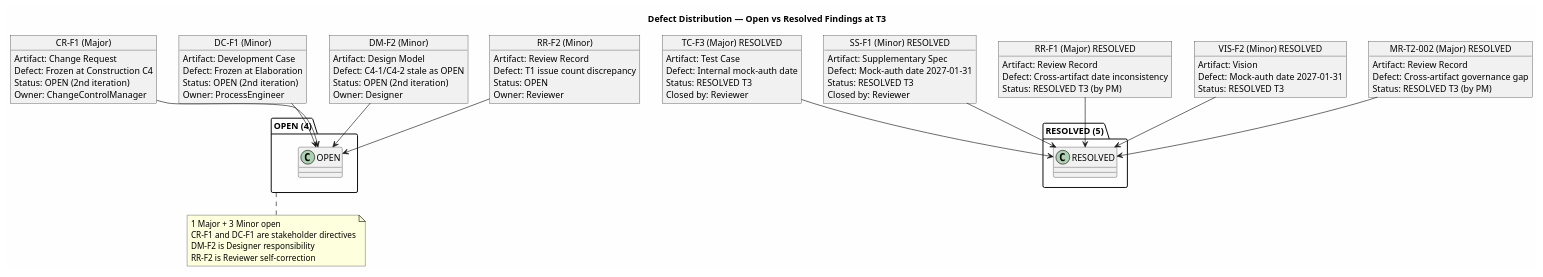
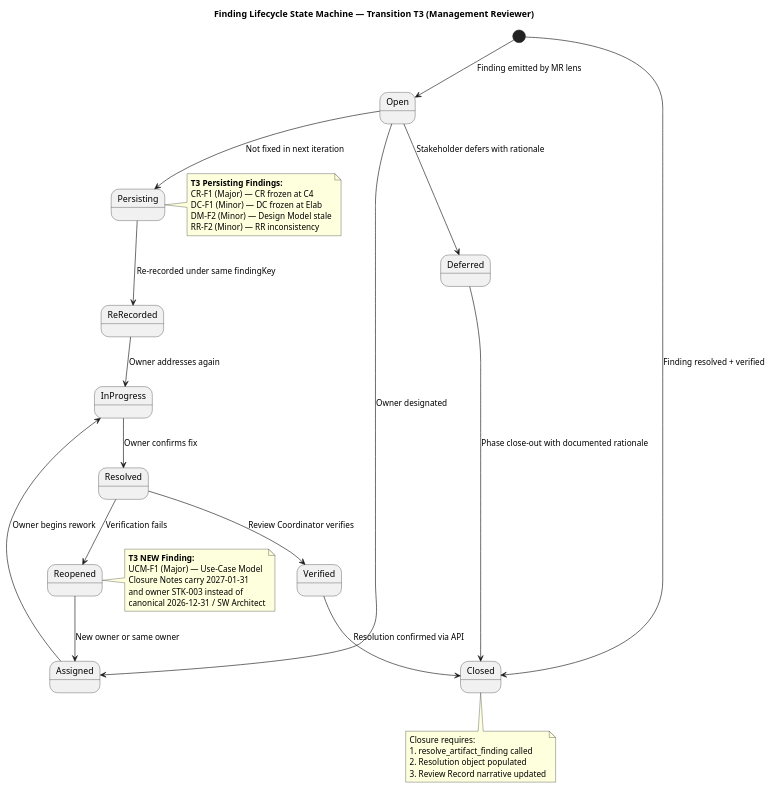
The fourth of 10 diagrams in docs/artifacts/project-management/review-record.md (banense-test/portal-cuba-corp), drawn with PlantUML before and after one commit. The commit also changed other lines of this file, not shown here.

First line of the commit message:
Management Reviewer [T3]: upsert Review Record

````diff
--- a/docs/artifacts/project-management/review-record.md
+++ b/docs/artifacts/project-management/review-record.md
@@ -235,91 +389,52 @@
 ```plantuml
 @startuml
-title Defect Distribution — Open vs Resolved Findings at T3
+title Finding Lifecycle State Machine — Transition T3 (Management Reviewer)
 
-skinparam backgroundColor #FEFEFE
 skinparam shadowing false
 
-object "CR-F1 (Major)" as CRF1 {
-  Artifact: Change Request
-  Defect: Frozen at Construction C4
-  Status: OPEN (2nd iteration)
-  Owner: ChangeControlManager
-}
+[*] --> Open : Finding emitted by MR lens
 
-object "DC-F1 (Minor)" as DCF1 {
-  Artifact: Development Case
-  Defect: Frozen at Elaboration
-  Status: OPEN (2nd iteration)
-  Owner: ProcessEngineer
-}
+Open --> Assigned : Owner designated
+Assigned --> InProgress : Owner begins rework
 
-object "DM-F2 (Minor)" as DMF2 {
-  Artifact: Design Model
-  Defect: C4-1/C4-2 stale as OPEN
-  Status: OPEN (2nd iteration)
-  Owner: Designer
-}
+InProgress --> Resolved : Owner confirms fix
+Resolved --> Verified : Review Coordinator verifies
+Verified --> Closed : Resolution confirmed via API
 
-object "RR-F2 (Minor)" as RRF2 {
-  Artifact: Review Record
-  Defect: T1 issue count discrepancy
-  Status: OPEN
-  Owner: Reviewer
-}
+Resolved --> Reopened : Verification fails
+Reopened --> Assigned : New owner or same owner
 
-object "TC-F3 (Major) RESOLVED" as TCF3 {
-  Artifact: Test Case
-  Defect: Internal mock-auth date
-  Status: RESOLVED T3
-  Closed by: Reviewer
-}
+Open --> Deferred : Stakeholder defers with rationale
+Deferred --> Closed : Phase close-out with documented rationale
 
-object "SS-F1 (Minor) RESOLVED" as SSF1 {
-  Artifact: Supplementary Spec
-  Defect: Mock-auth date 2027-01-31
-  Status: RESOLVED T3
-  Closed by: Reviewer
-}
+Open --> Persisting : Not fixed in next iteration
+Persisting --> ReRecorded : Re-recorded under same findingKey
+ReRecorded --> InProgress : Owner addresses again
 
-object "RR-F1 (Major) RESOLVED" as RRF1 {
-  Artifact: Review Record
-  Defect: Cross-artifact date inconsistency
-  Status: RESOLVED T3 (by PM)
-}
+note right of Persisting
+  **T3 Persisting Findings:**
+  CR-F1 (Major) — CR frozen at C4
+  DC-F1 (Minor) — DC frozen at Elab
+  DM-F2 (Minor) — Design Model stale
+  RR-F2 (Minor) — RR inconsistency
+end note
 
-object "VIS-F2 (Minor) RESOLVED" as VISF2 {
-  Artifact: Vision
-  Defect: Mock-auth date 2027-01-31
-  Status: RESOLVED T3
-}
+note right of Reopened
+  **T3 NEW Finding:**
+  UCM-F1 (Major) — Use-Case Model
+  Closure Notes carry 2027-01-31
+  and owner STK-003 instead of
+  canonical 2026-12-31 / SW Architect
+end note
 
-object "MR-T2-002 (Major) RESOLVED" as MRT2 {
-  Artifact: Review Record
-  Defect: Cross-artifact governance gap
-  Status: RESOLVED T3 (by PM)
-}
+note bottom of Closed
+  Closure requires:
+  1. resolve_artifact_finding called
+  2. Resolution object populated
+  3. Review Record narrative updated
+end note
 
-package "OPEN (4)" as OPEN {
-  CRF1 --> OPEN
-  DCF1 --> OPEN
-  DMF2 --> OPEN
-  RRF2 --> OPEN
-}
-
-package "RESOLVED (5)" as RESOLVED {
-  TCF3 --> RESOLVED
-  SSF1 --> RESOLVED
-  RRF1 --> RESOLVED
-  VISF2 --> RESOLVED
-  MRT2 --> RESOLVED
-}
-
-note bottom of OPEN
-  1 Major + 3 Minor open
-  CR-F1 and DC-F1 are stakeholder directives
-  DM-F2 is Designer responsibility
-  RR-F2 is Reviewer self-correction
-end note
+[*] --> Closed : Finding resolved + verified
 
 @enduml
 ```
````
